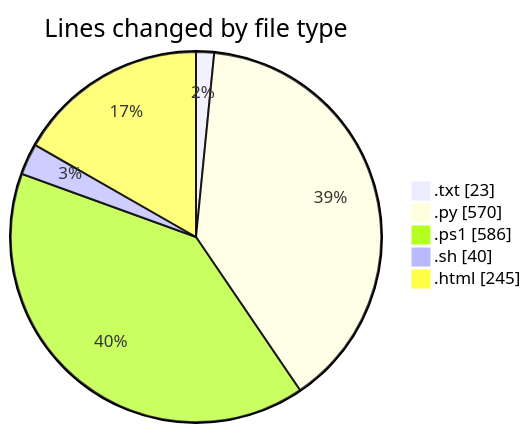
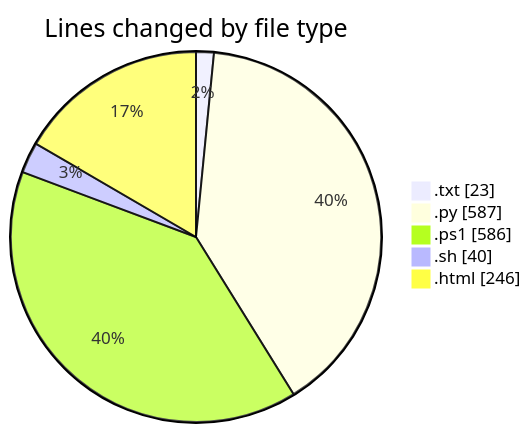
One commit to CELIANVF/code-tracking changed the first of 2 diagrams in 2025-05-16/python_app_deploy/README.md. Above: the diagram before and after it, drawn with Mermaid. The commit also changed other lines of this file and 1 other file, not shown here.

````diff
--- a/2025-05-16/python_app_deploy/README.md
+++ b/2025-05-16/python_app_deploy/README.md
@@ -29,9 +29,9 @@
 ```mermaid
 pie showData
 title Lines changed by file type
 ".txt" : 23
-".py" : 570
+".py" : 587
 ".ps1" : 586
 ".sh" : 40
-".html" : 245
+".html" : 246
 ```
````
